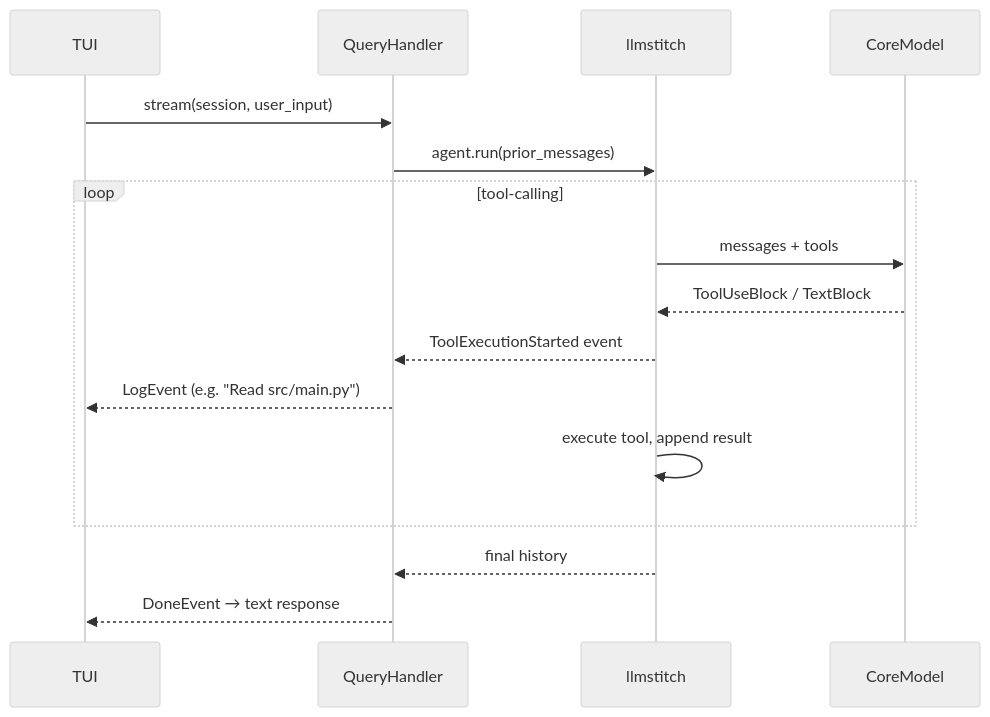
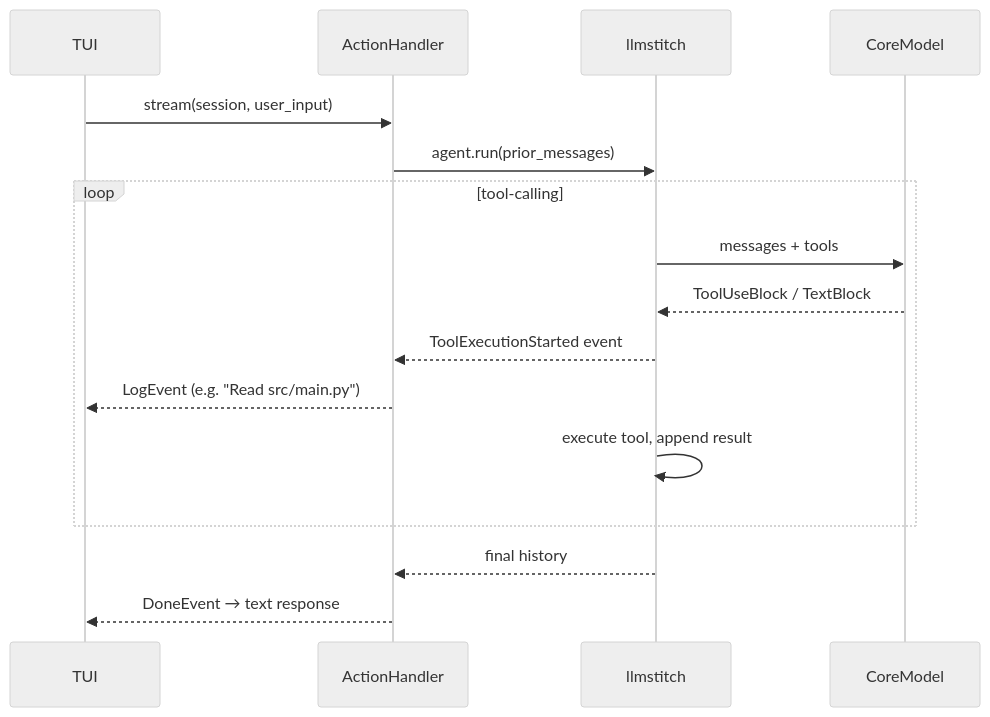
The diagram in docs/prompting-architecture.md (gsscoder/gekai-agent), drawn with Mermaid (neutral theme) before and after one commit. The commit also changed other lines of this file and 8 other files, not shown here.

````diff
--- a/docs/prompting-architecture.md
+++ b/docs/prompting-architecture.md
@@ -97,19 +97,19 @@
 ```mermaid
 sequenceDiagram
     participant TUI
-    participant QueryHandler
+    participant ActionHandler
     participant llmstitch
     participant CoreModel
 
-    TUI->>QueryHandler: stream(session, user_input)
-    QueryHandler->>llmstitch: agent.run(prior_messages)
+    TUI->>ActionHandler: stream(session, user_input)
+    ActionHandler->>llmstitch: agent.run(prior_messages)
     loop tool-calling
         llmstitch->>CoreModel: messages + tools
         CoreModel-->>llmstitch: ToolUseBlock / TextBlock
-        llmstitch-->>QueryHandler: ToolExecutionStarted event
-        QueryHandler-->>TUI: LogEvent (e.g. "Read src/main.py")
+        llmstitch-->>ActionHandler: ToolExecutionStarted event
+        ActionHandler-->>TUI: LogEvent (e.g. "Read src/main.py")
         llmstitch->>llmstitch: execute tool, append result
     end
-    llmstitch-->>QueryHandler: final history
-    QueryHandler-->>TUI: DoneEvent → text response
+    llmstitch-->>ActionHandler: final history
+    ActionHandler-->>TUI: DoneEvent → text response
 ```
````
